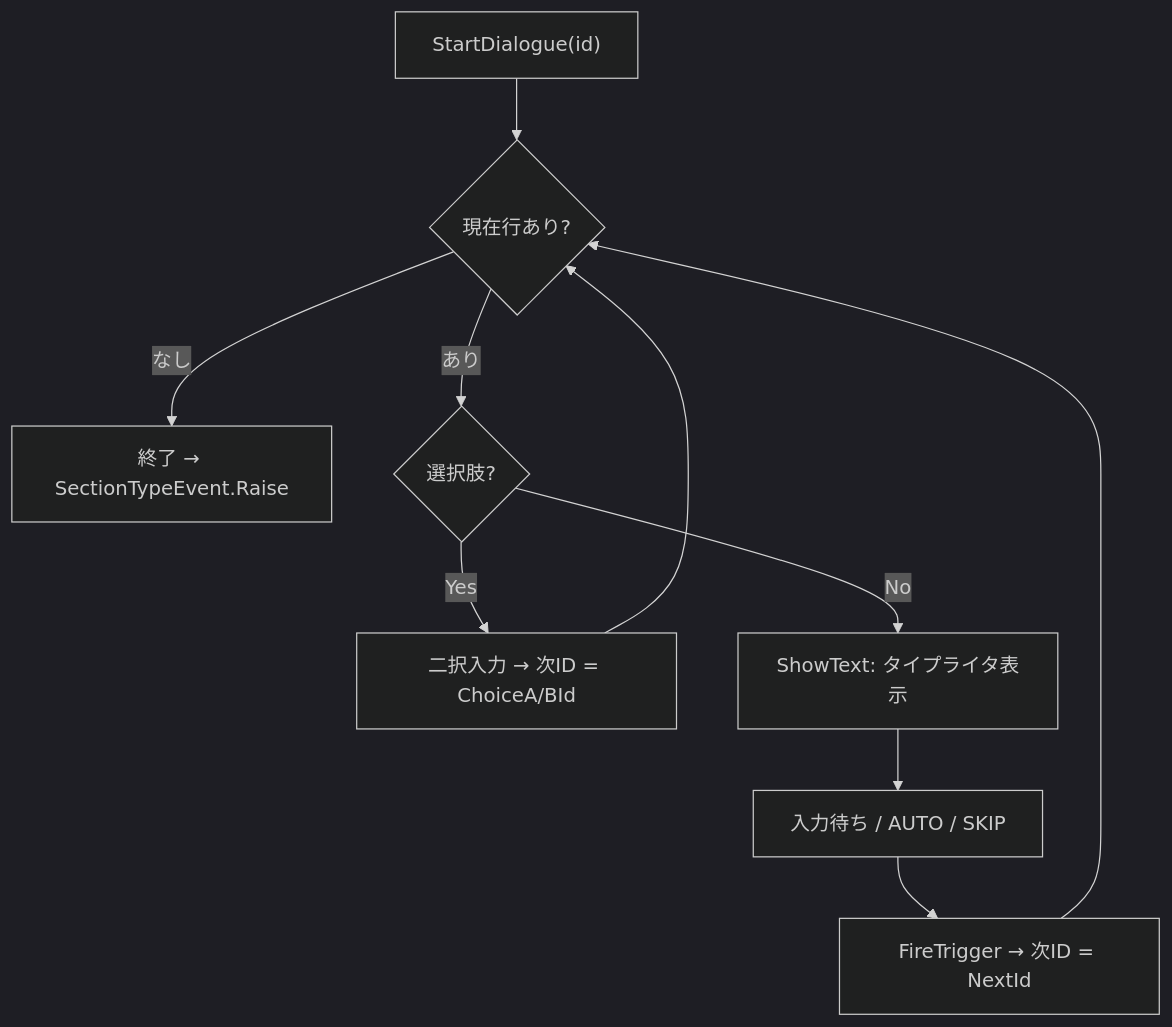
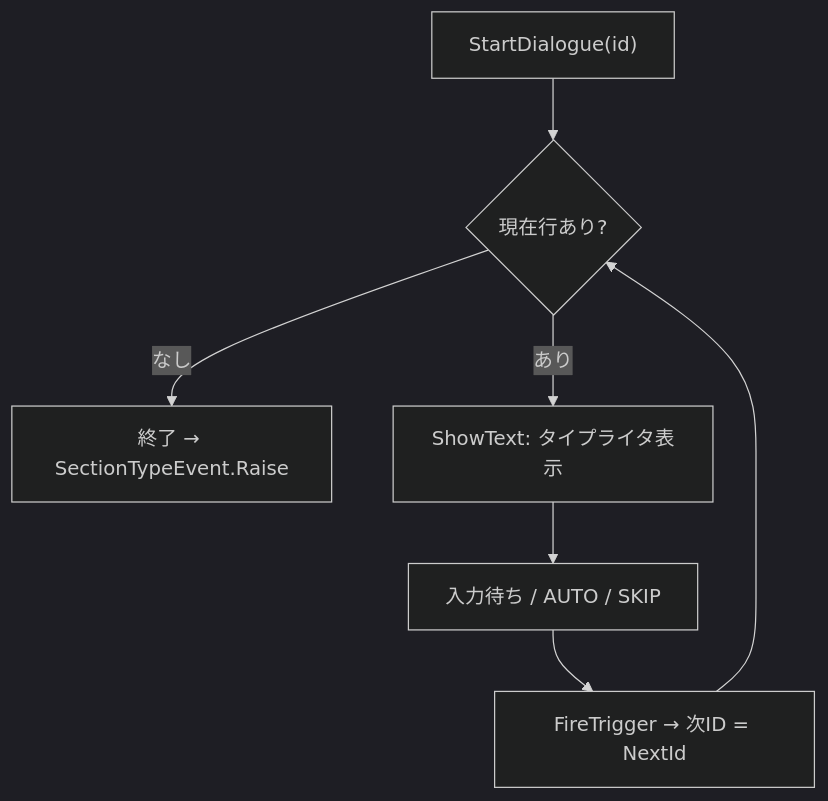
The first of 2 diagrams in README.md (FluffyMellowy/CHUNGMINSEO-Portfolio), drawn with Mermaid (dark theme) before and after one commit. The commit also changed other lines of this file, not shown here.

Commit message:
対話システムから選択肢分岐の記載を削除（本編未使用のため）

````diff
--- a/README.md
+++ b/README.md
@@ -35,12 +35,9 @@
 ```mermaid
 flowchart TD
     S["StartDialogue(id)"] --> Q{現在行あり?}
     Q -- なし --> E["終了 → SectionTypeEvent.Raise"]
-    Q -- あり --> C{選択肢?}
-    C -- Yes --> CH["二択入力 → 次ID = ChoiceA/BId"]
-    C -- No --> T["ShowText: タイプライタ表示"]
+    Q -- あり --> T["ShowText: タイプライタ表示"]
     T --> W["入力待ち / AUTO / SKIP"]
     W --> FT["FireTrigger → 次ID = NextId"]
-    CH --> Q
     FT --> Q
 ```
````
